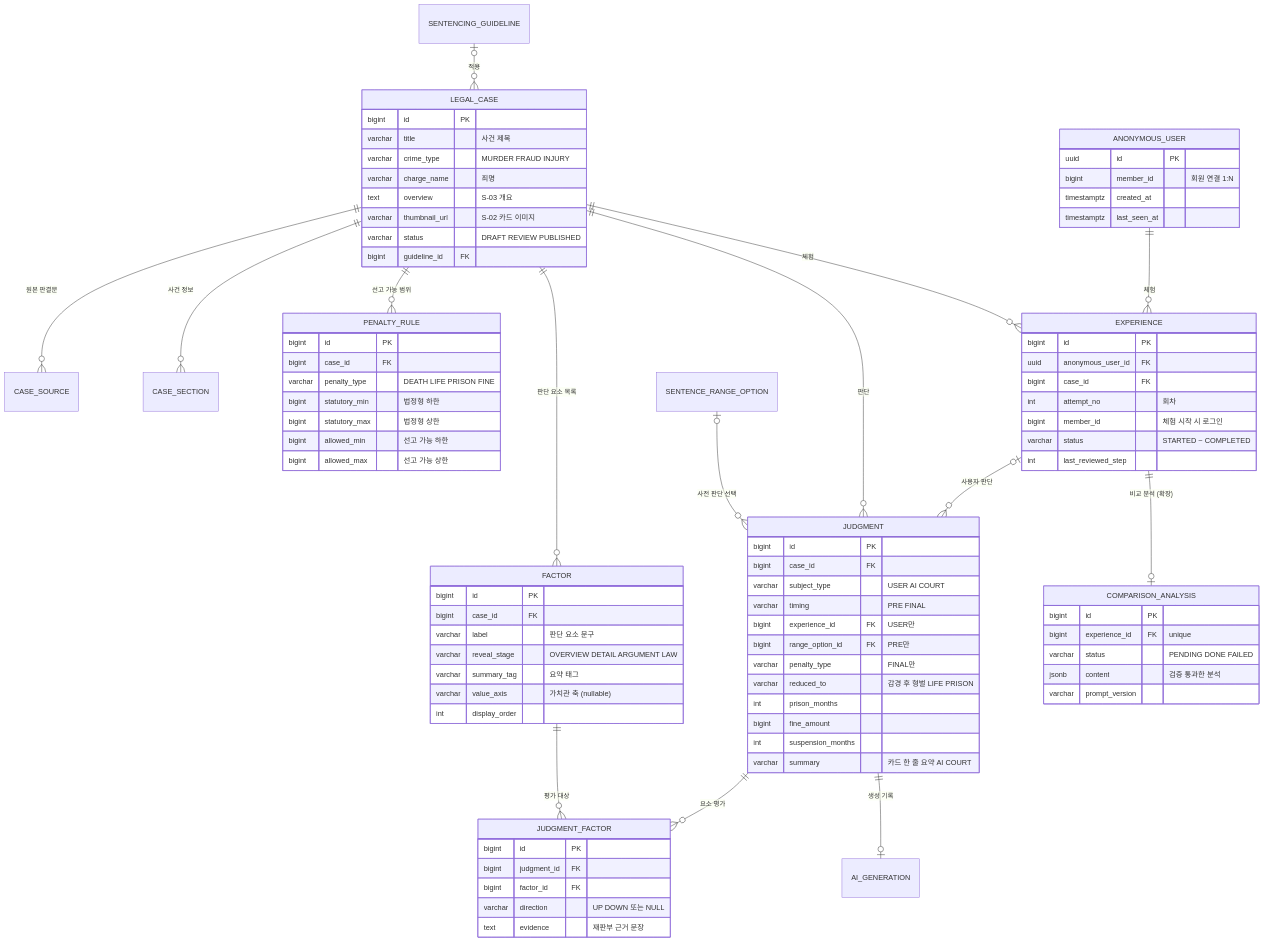
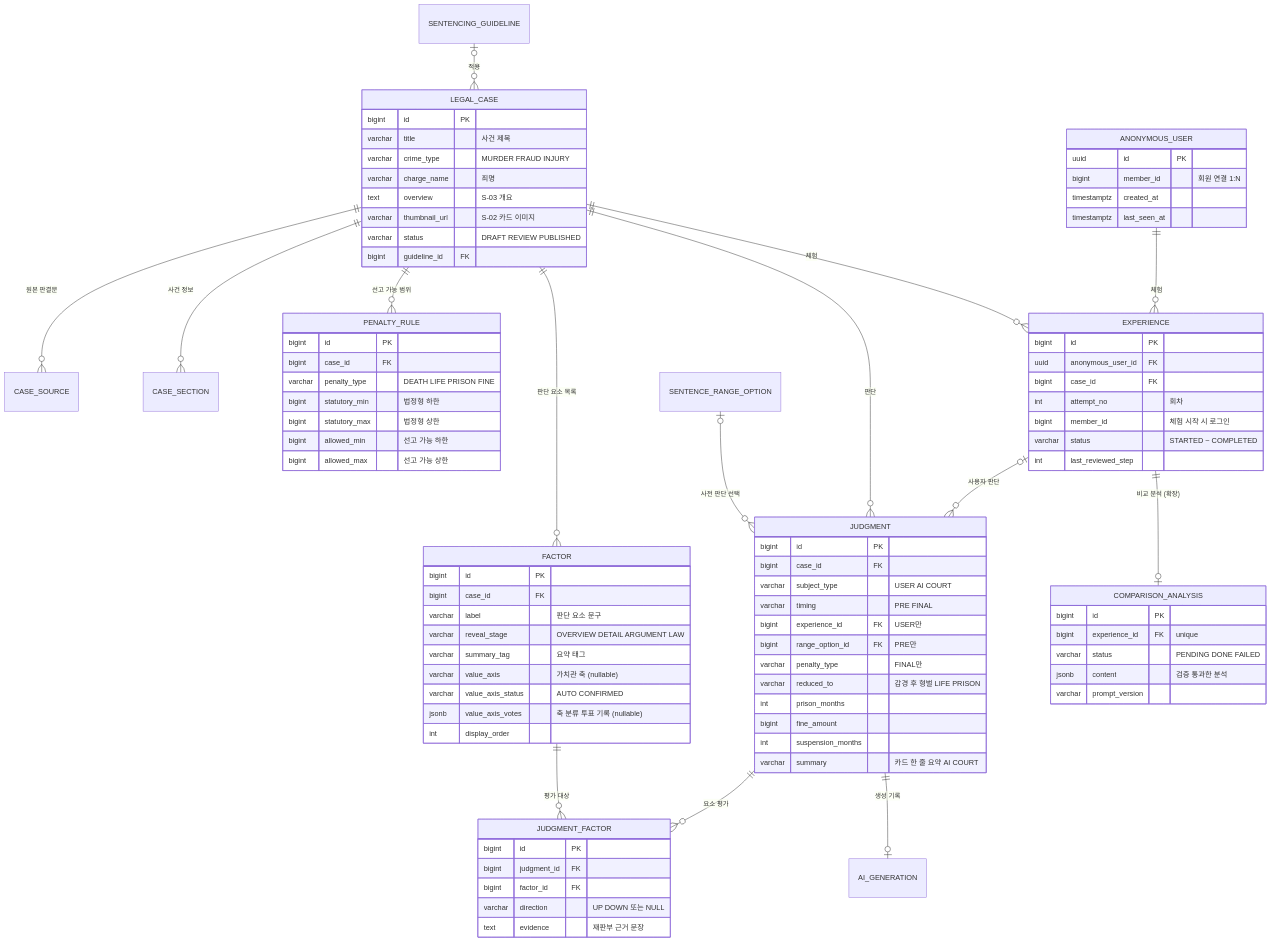
The diagram in docs/erd.md (prgrms-aibe-devcourse/AIBE7_FinalProject_Team2), drawn with Mermaid before and after one commit. The commit also changed other lines of this file and 8 other files, not shown here.

Commit message:
feat : BE-48 판단 요소 가치관 축 후검수 상태 · 투표 기록 추가 (V10 value_axis_status · value_axis_votes · 적재 SQL 투표 기록)

```diff
--- a/docs/erd.md
+++ b/docs/erd.md
@@ -76,6 +77,8 @@
         varchar reveal_stage "OVERVIEW DETAIL ARGUMENT LAW"
         varchar summary_tag "요약 태그"
         varchar value_axis "가치관 축 (nullable)"
+        varchar value_axis_status "AUTO CONFIRMED"
+        jsonb value_axis_votes "축 분류 투표 기록 (nullable)"
         int display_order
     }
     ANONYMOUS_USER {
```
